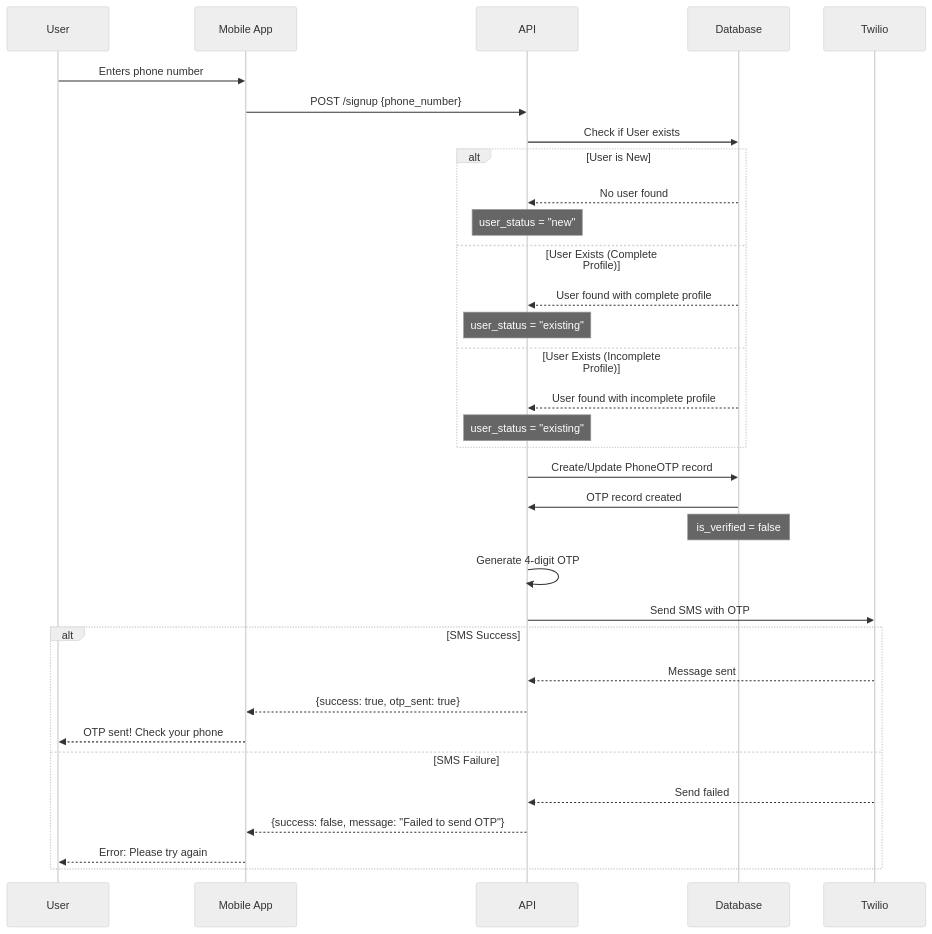
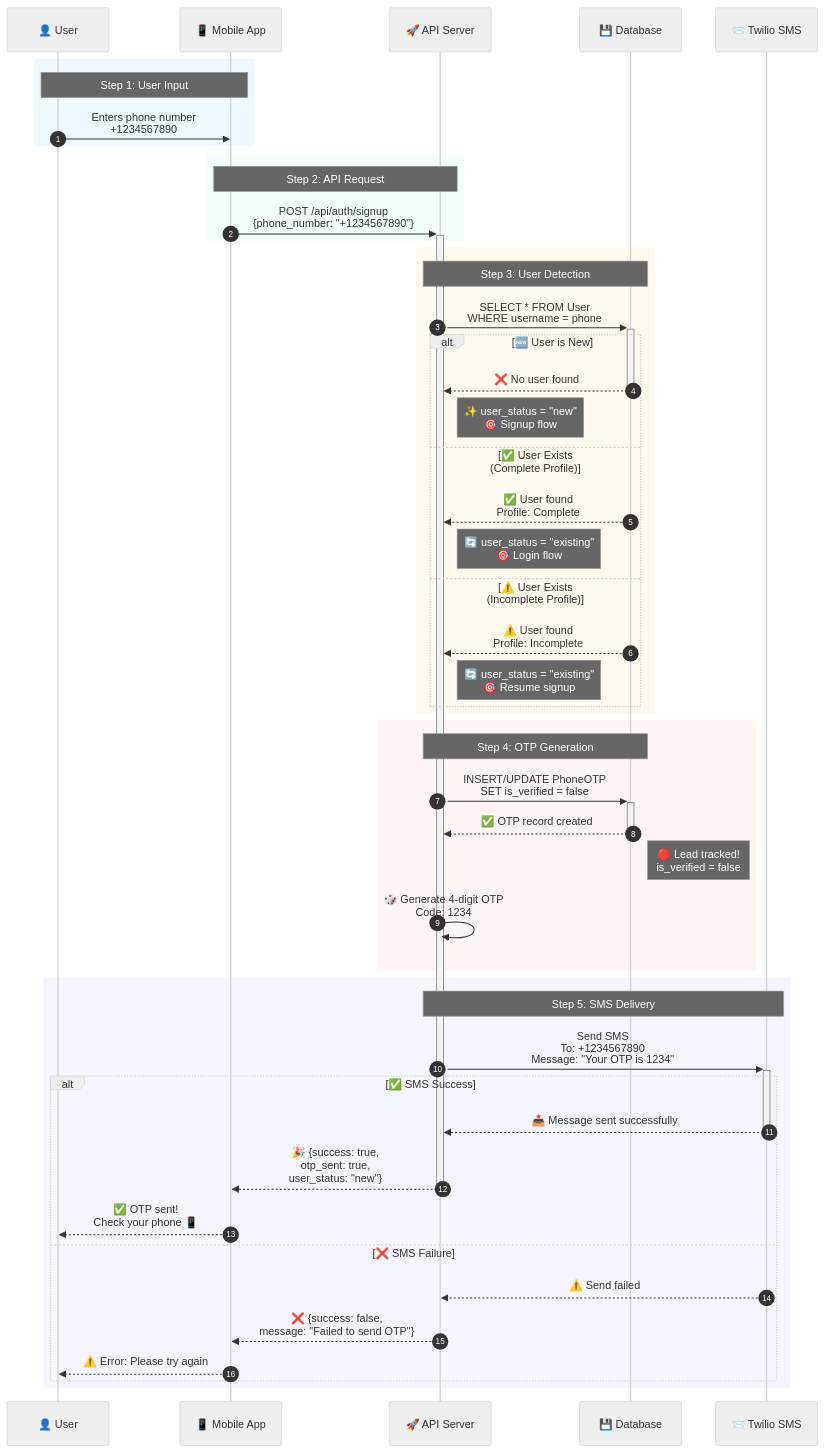
One commit to LOOPINX-CIRCLE/LoopinBackend changed the second of 5 diagrams in PHONE_AUTHENTICATION.md. Above: the diagram before and after it, drawn with Mermaid (neutral theme). The commit also changed other lines of this file, not shown here.

First line of the commit message:
docs: Enhance visual appearance of flowcharts with emojis and colors

````diff
--- a/PHONE_AUTHENTICATION.md
+++ b/PHONE_AUTHENTICATION.md
@@ -223,40 +227,57 @@
 ```mermaid
 sequenceDiagram
-    participant User
-    participant Mobile App
-    participant API
-    participant Database
-    participant Twilio
+    autonumber
+    participant U as 👤 User
+    participant M as 📱 Mobile App
+    participant A as 🚀 API Server
+    participant D as 💾 Database
+    participant T as 📨 Twilio SMS
     
-    User->>Mobile App: Enters phone number
-    Mobile App->>API: POST /signup {phone_number}
-    
-    API->>Database: Check if User exists
-    alt User is New
-        Database-->>API: No user found
-        Note over API: user_status = "new"
-    else User Exists (Complete Profile)
-        Database-->>API: User found with complete profile
-        Note over API: user_status = "existing"
-    else User Exists (Incomplete Profile)
-        Database-->>API: User found with incomplete profile
-        Note over API: user_status = "existing"
+    rect rgb(240, 248, 255)
+    Note over U,M: Step 1: User Input
+    U->>M: Enters phone number<br/>+1234567890
     end
     
-    API->>Database: Create/Update PhoneOTP record
-    Database->>API: OTP record created
-    Note over Database: is_verified = false
+    rect rgb(245, 255, 250)
+    Note over M,A: Step 2: API Request
+    M->>+A: POST /api/auth/signup<br/>{phone_number: "+1234567890"}
+    end
     
-    API->>API: Generate 4-digit OTP
-    API->>Twilio: Send SMS with OTP
+    rect rgb(255, 250, 240)
+    Note over A,D: Step 3: User Detection
+    A->>+D: SELECT * FROM User<br/>WHERE username = phone
+    alt 🆕 User is New
+        D-->>-A: ❌ No user found
+        Note right of A: ✨ user_status = "new"<br/>🎯 Signup flow
+    else ✅ User Exists (Complete Profile)
+        D-->>A: ✅ User found<br/>Profile: Complete
+        Note right of A: 🔄 user_status = "existing"<br/>🎯 Login flow
+    else ⚠️ User Exists (Incomplete Profile)
+        D-->>A: ⚠️ User found<br/>Profile: Incomplete
+        Note right of A: 🔄 user_status = "existing"<br/>🎯 Resume signup
+    end
+    end
     
-    alt SMS Success
-        Twilio-->>API: Message sent
-        API-->>Mobile App: {success: true, otp_sent: true}
-        Mobile App-->>User: OTP sent! Check your phone
-    else SMS Failure
-        Twilio-->>API: Send failed
-        API-->>Mobile App: {success: false, message: "Failed to send OTP"}
-        Mobile App-->>User: Error: Please try again
+    rect rgb(255, 245, 245)
+    Note over A,D: Step 4: OTP Generation
+    A->>+D: INSERT/UPDATE PhoneOTP<br/>SET is_verified = false
+    D-->>-A: ✅ OTP record created
+    Note right of D: 🔴 Lead tracked!<br/>is_verified = false
+    A->>A: 🎲 Generate 4-digit OTP<br/>Code: 1234
+    end
+    
+    rect rgb(245, 245, 255)
+    Note over A,T: Step 5: SMS Delivery
+    A->>+T: Send SMS<br/>To: +1234567890<br/>Message: "Your OTP is 1234"
+    
+    alt ✅ SMS Success
+        T-->>-A: 📤 Message sent successfully
+        A-->>-M: 🎉 {success: true,<br/>otp_sent: true,<br/>user_status: "new"}
+        M-->>U: ✅ OTP sent!<br/>Check your phone 📱
+    else ❌ SMS Failure
+        T-->>A: ⚠️ Send failed
+        A-->>M: ❌ {success: false,<br/>message: "Failed to send OTP"}
+        M-->>U: ⚠️ Error: Please try again
+    end
     end
 ```
````
